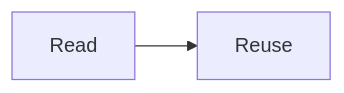
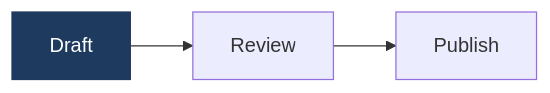
The fifth of 10 diagrams in examples/mermaid-test.md (hibbitts-design/grav-plugin-mermaid), drawn with Mermaid before and after one commit. The commit also changed other lines of this file and 4 other files, not shown here.

Commit message:
Add mermaid-demo.md as an online demo page and mermaid-test.md for edge cases, and link the demo in the README and blueprint.

````diff
--- a/examples/mermaid-test.md
+++ b/examples/mermaid-test.md
@@ -33,6 +58,11 @@
 ```mermaid
 flowchart LR
-    accTitle: Reusing a guide
-    accDescr: A reader reads a guide, then reuses it.
-    A[Read] --> B[Reuse]
+    accTitle: A two-step check
+    accDescr {
+      A draft goes to review.
+      Once reviewed, it is published.
+    }
+    DRAFT[Draft] --> REVIEW[Review] --> PUBLISH[Publish]
+    classDef dark fill:#1F3A5F,stroke:#1F3A5F,color:#FFFFFF
+    class DRAFT dark
 ```
````
